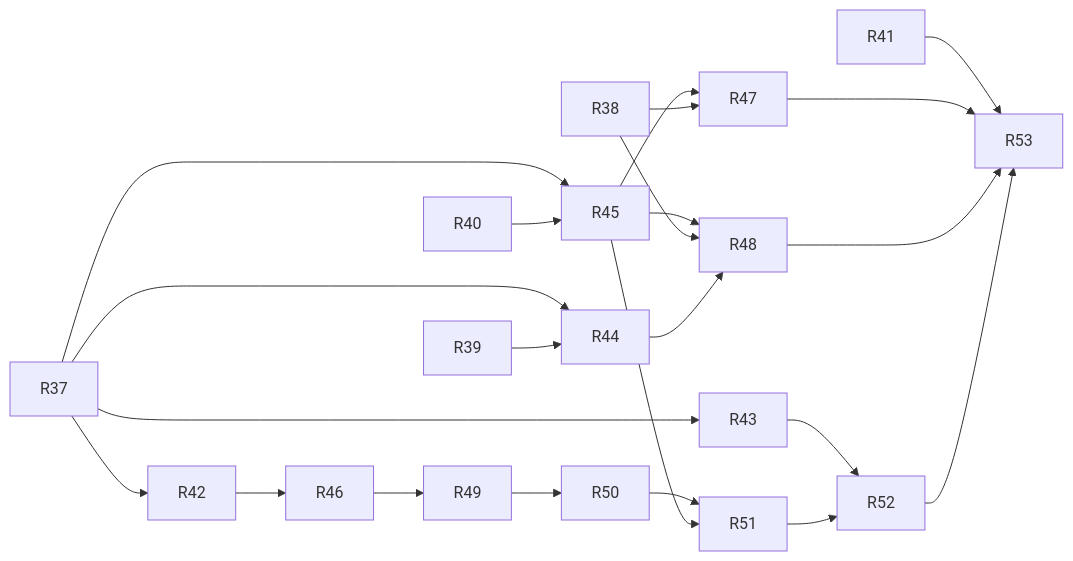
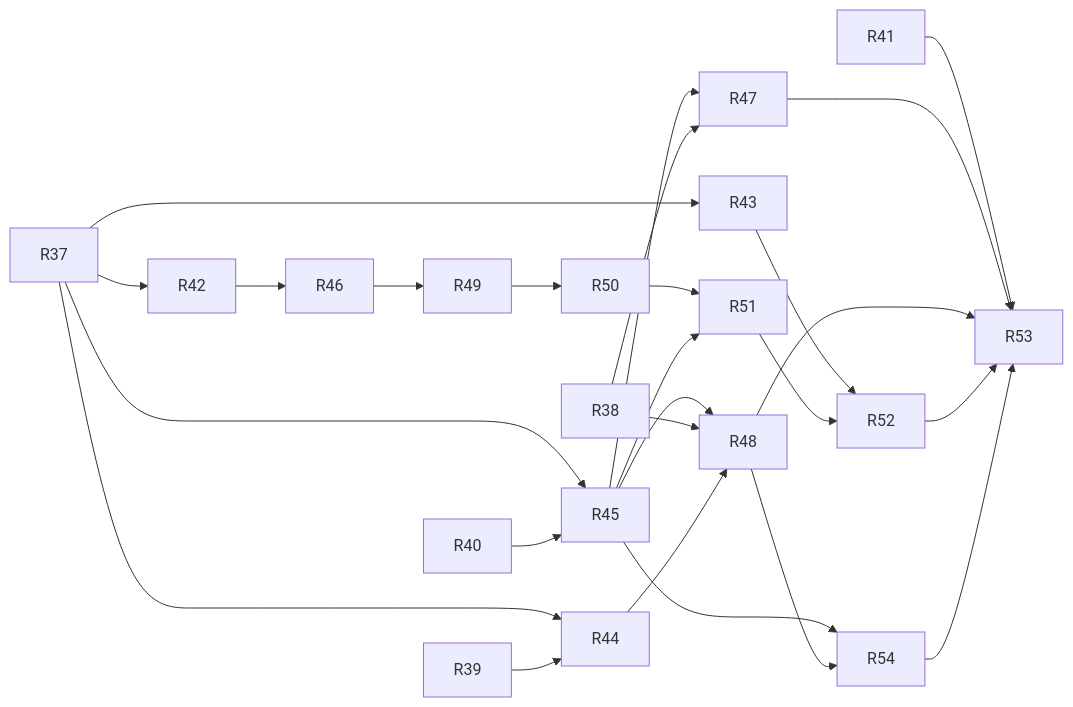
Before and after one commit to CipoBaruf/what-is-in-your-sky: the third of 3 diagrams in TASKS.md, drawn with Mermaid. The commit also changed other lines of this file and 2 other files, not shown here.

````diff
--- a/TASKS.md
+++ b/TASKS.md
@@ -1080,16 +1098,17 @@
 ```mermaid
 flowchart LR
   R37 --> R42 & R43 & R44 & R45
   R39 --> R44
   R40 --> R45
   R42 --> R46
   R46 --> R49
   R49 --> R50
   R50 --> R51
   R45 --> R47 & R48 & R51
   R38 --> R47 & R48
   R44 --> R48
   R43 --> R52
   R51 --> R52
-  R41 & R47 & R48 & R52 --> R53
+  R45 & R48 --> R54
+  R41 & R47 & R48 & R52 & R54 --> R53
 ```
````
